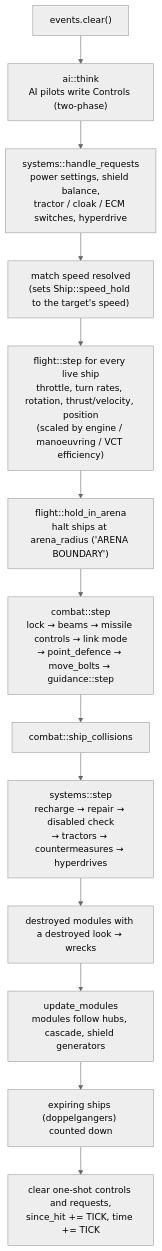
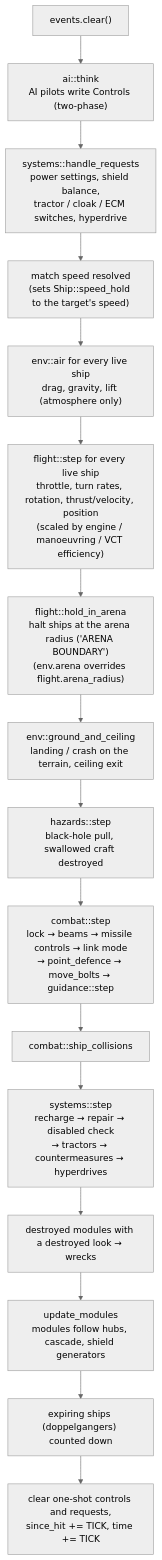
One commit to bbogovich/OpenInterceptor changed the first of 6 diagrams in docs/implementation/architecture/sim.md. Above: the diagram before and after it, drawn with Mermaid (neutral theme). The commit also changed other lines of this file and 30 other files, not shown here.

First line of the commit message:
Spec 1.11.0, site 0.17.0: Stage 3.2-3.6 hazards, environments, atmospheric flight, terrain, atmosphere HUD, ground installations (app 0.5.1-0.6.1)

````diff
--- a/docs/implementation/architecture/sim.md
+++ b/docs/implementation/architecture/sim.md
@@ -13,15 +15,18 @@
 ```mermaid
 flowchart TD
     A["events.clear()"] --> B["ai::think<br/>AI pilots write Controls (two-phase)"]
     B --> B2["systems::handle_requests<br/>power settings, shield balance,<br/>tractor / cloak / ECM switches, hyperdrive"]
     B2 --> C["match speed resolved<br/>(sets Ship::speed_hold to the target's speed)"]
-    C --> D["flight::step for every live ship<br/>throttle, turn rates, rotation, thrust/velocity, position<br/>(scaled by engine / manoeuvring / VCT efficiency)"]
-    D --> D2["flight::hold_in_arena<br/>halt ships at arena_radius ('ARENA BOUNDARY')"]
-    D2 --> E["combat::step<br/>lock → beams → missile controls → link mode<br/>→ point_defence → move_bolts → guidance::step"]
+    C --> AIR["env::air for every live ship<br/>drag, gravity, lift (atmosphere only)"]
+    AIR --> D["flight::step for every live ship<br/>throttle, turn rates, rotation, thrust/velocity, position<br/>(scaled by engine / manoeuvring / VCT efficiency)"]
+    D --> D2["flight::hold_in_arena<br/>halt ships at the arena radius ('ARENA BOUNDARY')<br/>(env.arena overrides flight.arena_radius)"]
+    D2 --> GC["env::ground_and_ceiling<br/>landing / crash on the terrain, ceiling exit"]
+    GC --> HZ["hazards::step<br/>black-hole pull, swallowed craft destroyed"]
+    HZ --> E["combat::step<br/>lock → beams → missile controls → link mode<br/>→ point_defence → move_bolts → guidance::step"]
     E --> F["combat::ship_collisions"]
     F --> S["systems::step<br/>recharge → repair → disabled check<br/>→ tractors → countermeasures → hyperdrives"]
     S --> WR["destroyed modules with a destroyed look → wrecks"]
     WR --> MO["update_modules<br/>modules follow hubs, cascade, shield generators"]
     MO --> EX["expiring ships (doppelgangers) counted down"]
     EX --> G["clear one-shot controls and requests,<br/>since_hit += TICK, time += TICK"]
 ```
````
